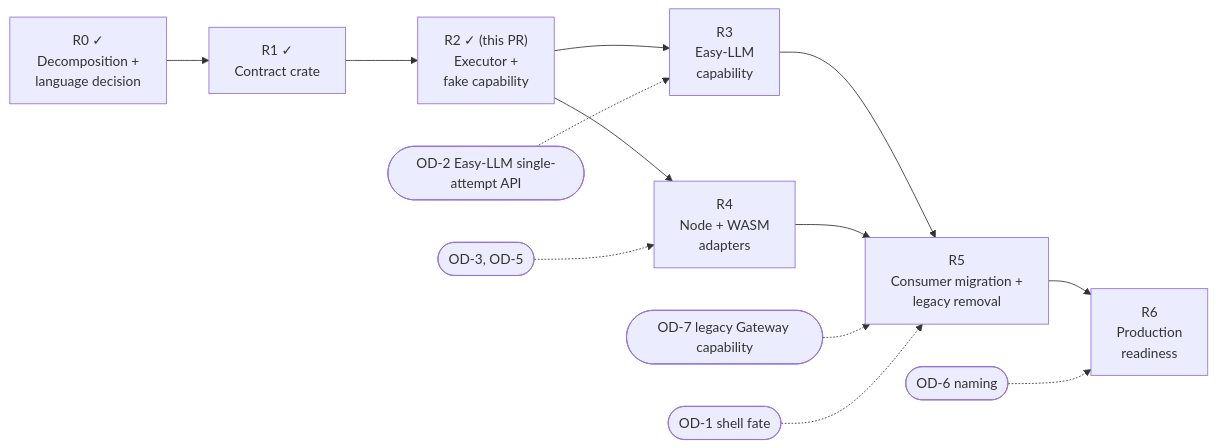
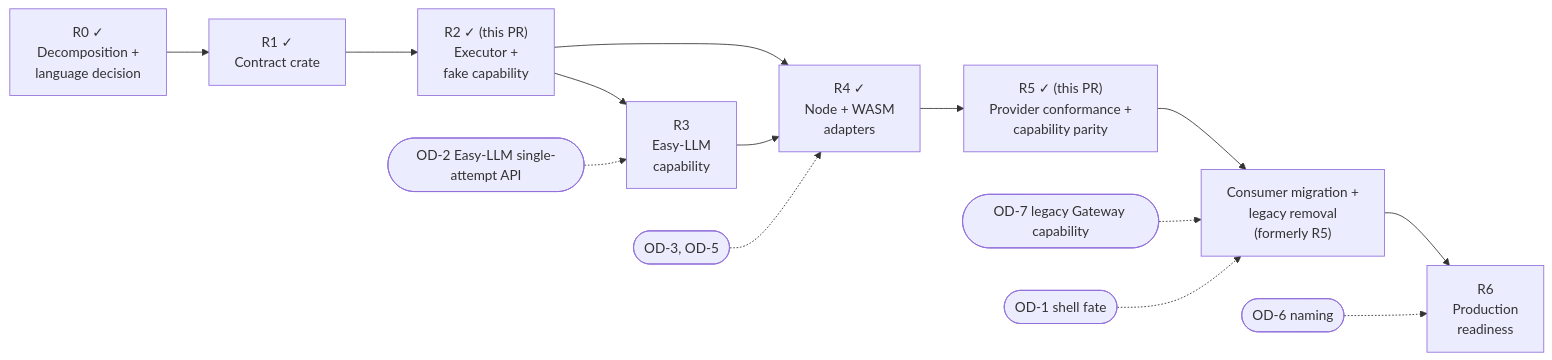
Before and after one commit to rkendel1/fx: the diagram in docs/rebuild/ROADMAP.md, drawn with Mermaid. The commit also changed other lines of this file and 27 other files, not shown here.

````diff
--- a/docs/rebuild/ROADMAP.md
+++ b/docs/rebuild/ROADMAP.md
@@ -7,15 +7,16 @@
 ```mermaid
 flowchart LR
   R0["R0 ✓<br/>Decomposition +<br/>language decision"] --> R1["R1 ✓<br/>Contract crate"]
   R1 --> R2["R2 ✓ (this PR)<br/>Executor +<br/>fake capability"]
   R2 --> R3["R3<br/>Easy-LLM<br/>capability"]
-  R2 --> R4["R4<br/>Node + WASM<br/>adapters"]
-  R3 --> R5["R5<br/>Consumer migration +<br/>legacy removal"]
-  R4 --> R5
-  R5 --> R6["R6<br/>Production<br/>readiness"]
+  R2 --> R4["R4 ✓<br/>Node + WASM<br/>adapters"]
+  R3 --> R4
+  R4 --> R5["R5 ✓ (this PR)<br/>Provider conformance +<br/>capability parity"]
+  R5 --> CM["Consumer migration +<br/>legacy removal<br/>(formerly R5)"]
+  CM --> R6["R6<br/>Production<br/>readiness"]
   OD2(["OD-2 Easy-LLM single-attempt API"]) -.-> R3
-  OD7(["OD-7 legacy Gateway capability"]) -.-> R5
+  OD7(["OD-7 legacy Gateway capability"]) -.-> CM
   OD3(["OD-3, OD-5"]) -.-> R4
-  OD1(["OD-1 shell fate"]) -.-> R5
+  OD1(["OD-1 shell fate"]) -.-> CM
   OD6(["OD-6 naming"]) -.-> R6
 ```
````
